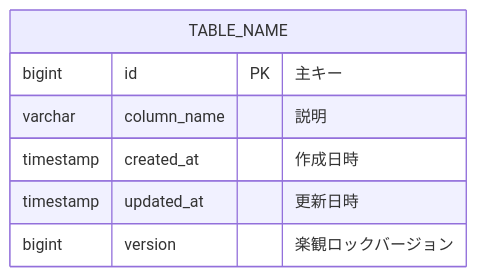
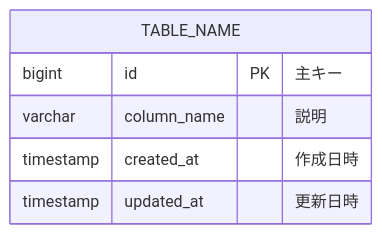
The third of 3 diagrams in templates/system-design-template.md (dtakamiya/adflow), drawn with Mermaid before and after one commit. The commit also changed other lines of this file and 28 other files, not shown here.

````diff
--- a/templates/system-design-template.md
+++ b/templates/system-design-template.md
@@ -124,10 +122,9 @@
 ```mermaid
 erDiagram
     TABLE_NAME {
         bigint id PK "主キー"
         varchar column_name "説明"
         timestamp created_at "作成日時"
         timestamp updated_at "更新日時"
-        bigint version "楽観ロックバージョン"
     }
 ```
````
